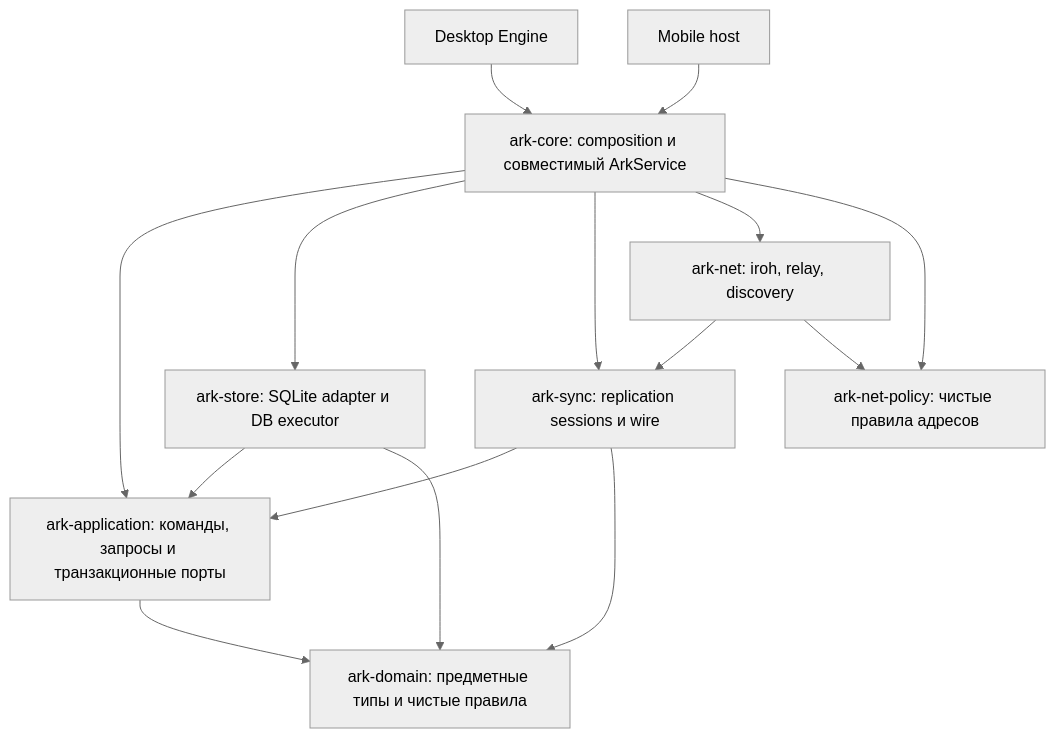
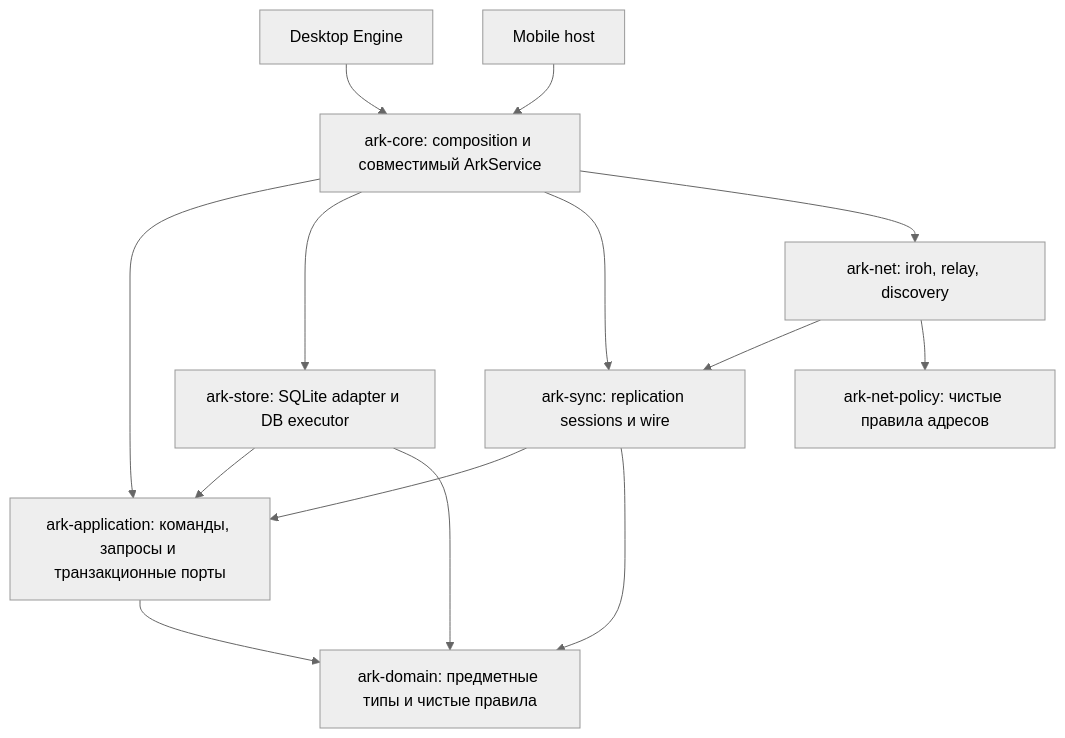
Before and after one commit to makekosmos/cortex: the diagram in docs/ark-exocortex.md, drawn with Mermaid (neutral theme). The commit also changed other lines of this file and 3 other files, not shown here.

Commit message:
ci(ark): enforce dependency and feature graph

````diff
--- a/docs/ark-exocortex.md
+++ b/docs/ark-exocortex.md
@@ -51,17 +51,16 @@
 ```mermaid
 graph TD
     Desktop[Desktop Engine] --> Core[ark-core: composition и совместимый ArkService]
     Mobile[Mobile host] --> Core
     Core --> App[ark-application: команды, запросы и транзакционные порты]
     Core --> Store[ark-store: SQLite adapter и DB executor]
     Core --> Sync[ark-sync: replication sessions и wire]
     Core --> Net[ark-net: iroh, relay, discovery]
-    Core --> NetPolicy[ark-net-policy: чистые правила адресов]
     Net --> Sync
-    Net --> NetPolicy
+    Net --> NetPolicy[ark-net-policy: чистые правила адресов]
     Sync --> App
     Store --> App
     App --> Domain[ark-domain: предметные типы и чистые правила]
     Store --> Domain
     Sync --> Domain
 ```
````
